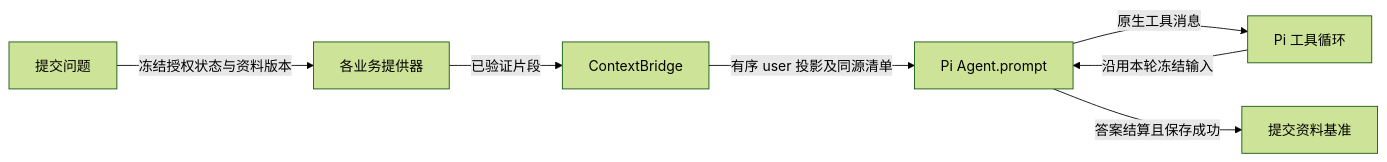
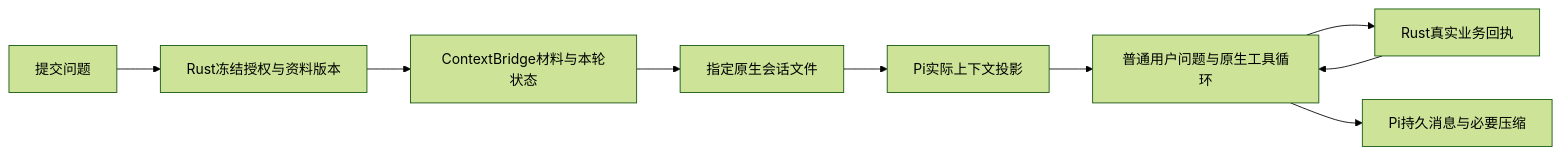
One commit to YuShenLiu06/learning-station changed the diagram in docs/context-bridge.md. Above: the diagram before and after it, drawn with Mermaid (forest theme). The commit also changed other lines of this file and 24 other files, not shown here.

````diff
--- a/docs/context-bridge.md
+++ b/docs/context-bridge.md
@@ -9,9 +9,11 @@
 ```mermaid
 flowchart LR
-  A[提交问题] -->|冻结授权状态与资料版本| B[各业务提供器]
-  B -->|已验证片段| C[ContextBridge]
-  C -->|有序 user 投影及同源清单| D[Pi Agent.prompt]
-  D -->|原生工具消息| E[Pi 工具循环]
-  E -->|沿用本轮冻结输入| D
-  D -->|答案结算且保存成功| F[提交资料基准]
+  A[提交问题] --> B[Rust冻结授权与资料版本]
+  B --> C[ContextBridge材料与本轮状态]
+  C --> D[指定原生会话文件]
+  D --> E[Pi实际上下文投影]
+  E --> F[普通用户问题与原生工具循环]
+  F --> G[Rust真实业务回执]
+  G --> F
+  F --> H[Pi持久消息与必要压缩]
 ```
````
